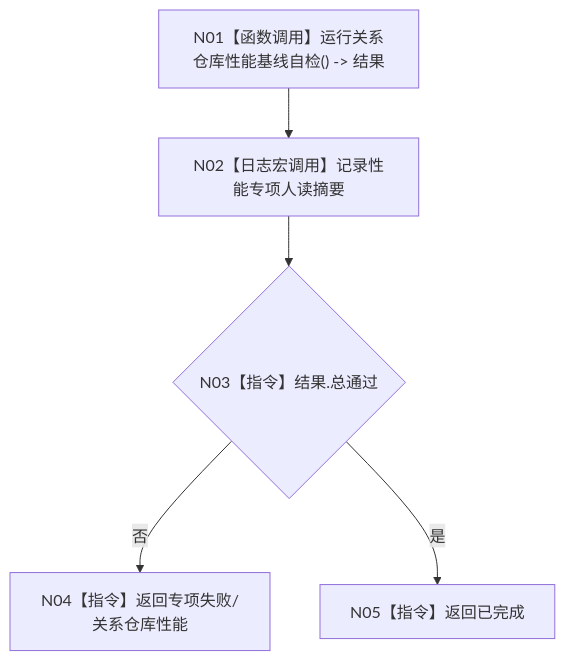
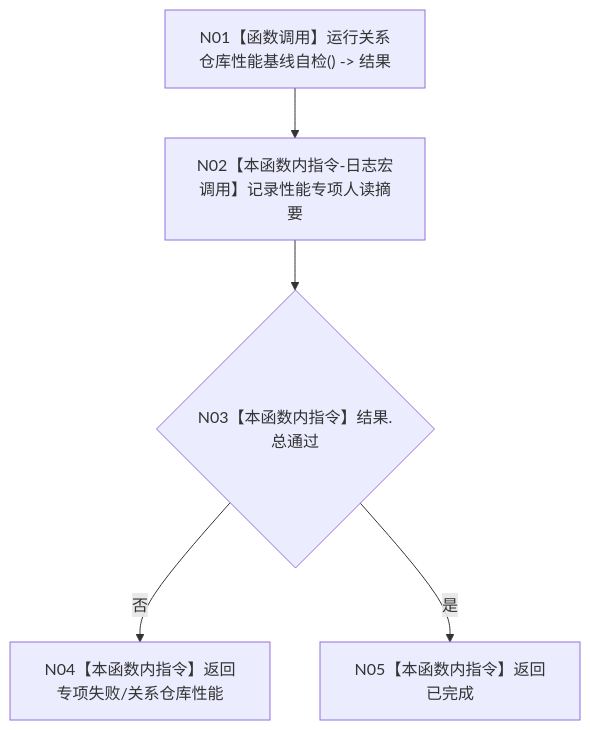
Before and after one commit to chunhaizh-cyber/HY-Ego: the diagram in 流程图/20260726_ENTRY-ONLY_F16_运行关系仓库性能专项_施工流程图_v0.1.md, drawn with Mermaid. The commit also changed other lines of this file and 88 other files, not shown here.

````diff
--- a/流程图/20260726_ENTRY-ONLY_F16_运行关系仓库性能专项_施工流程图_v0.1.md
+++ b/流程图/20260726_ENTRY-ONLY_F16_运行关系仓库性能专项_施工流程图_v0.1.md
@@ -8,7 +28,7 @@
 ```mermaid
 flowchart TD
-    N01["N01【函数调用】运行关系仓库性能基线自检() -> 结果"] --> N02["N02【日志宏调用】记录性能专项人读摘要"]
-    N02 --> N03{"N03【指令】结果.总通过"}
-    N03 -- "否" --> N04["N04【指令】返回专项失败/关系仓库性能"]
-    N03 -- "是" --> N05["N05【指令】返回已完成"]
+    N01["N01【函数调用】运行关系仓库性能基线自检() -> 结果"] --> N02["N02【本函数内指令-日志宏调用】记录性能专项人读摘要"]
+    N02 --> N03{"N03【本函数内指令】结果.总通过"}
+    N03 -- "否" --> N04["N04【本函数内指令】返回专项失败/关系仓库性能"]
+    N03 -- "是" --> N05["N05【本函数内指令】返回已完成"]
 ```
````
